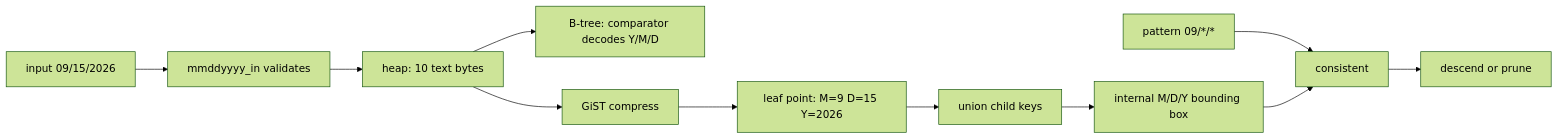
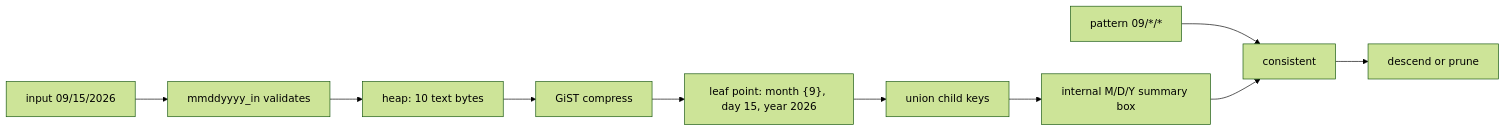
One commit to FranckPachot/pg-mm-dd-yyyy changed the diagram in README.md. Above: the diagram before and after it, drawn with Mermaid (forest theme). The commit also changed other lines of this file and 2 other files, not shown here.

````diff
--- a/README.md
+++ b/README.md
@@ -506,13 +395,12 @@
 ```mermaid
 flowchart LR
   Input["input 09/15/2026"] --> Parse["mmddyyyy_in validates"]
   Parse --> Heap["heap: 10 text bytes"]
-  Heap --> Btree["B-tree: comparator decodes Y/M/D"]
   Heap --> Compress["GiST compress"]
-  Compress --> Leaf["leaf point: M=9 D=15 Y=2026"]
+  Compress --> Leaf["leaf point: month {9}, day 15, year 2026"]
   Leaf --> Union["union child keys"]
-  Union --> Internal["internal M/D/Y bounding box"]
+  Union --> Internal["internal M/D/Y summary box"]
   Pattern["pattern 09/*/*"] --> Consistent["consistent"]
   Internal --> Consistent
   Consistent --> Decision["descend or prune"]
 ```
````
